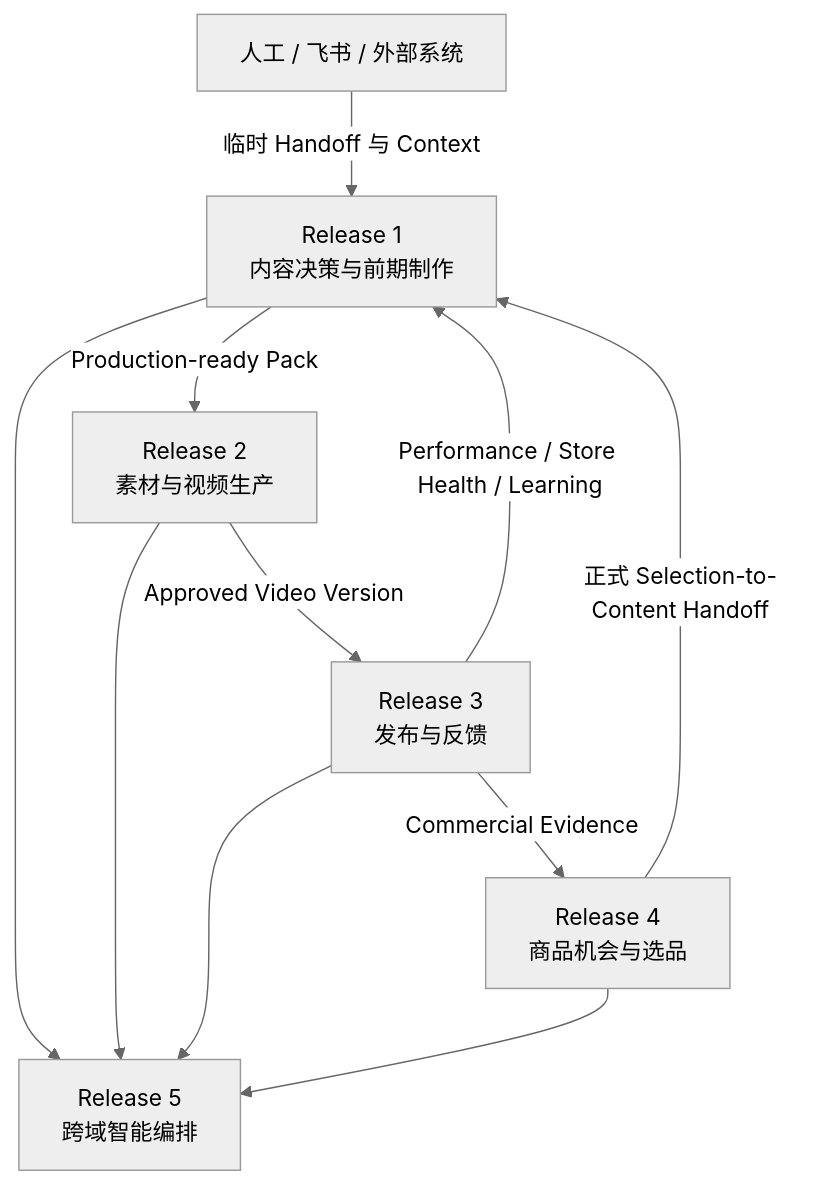
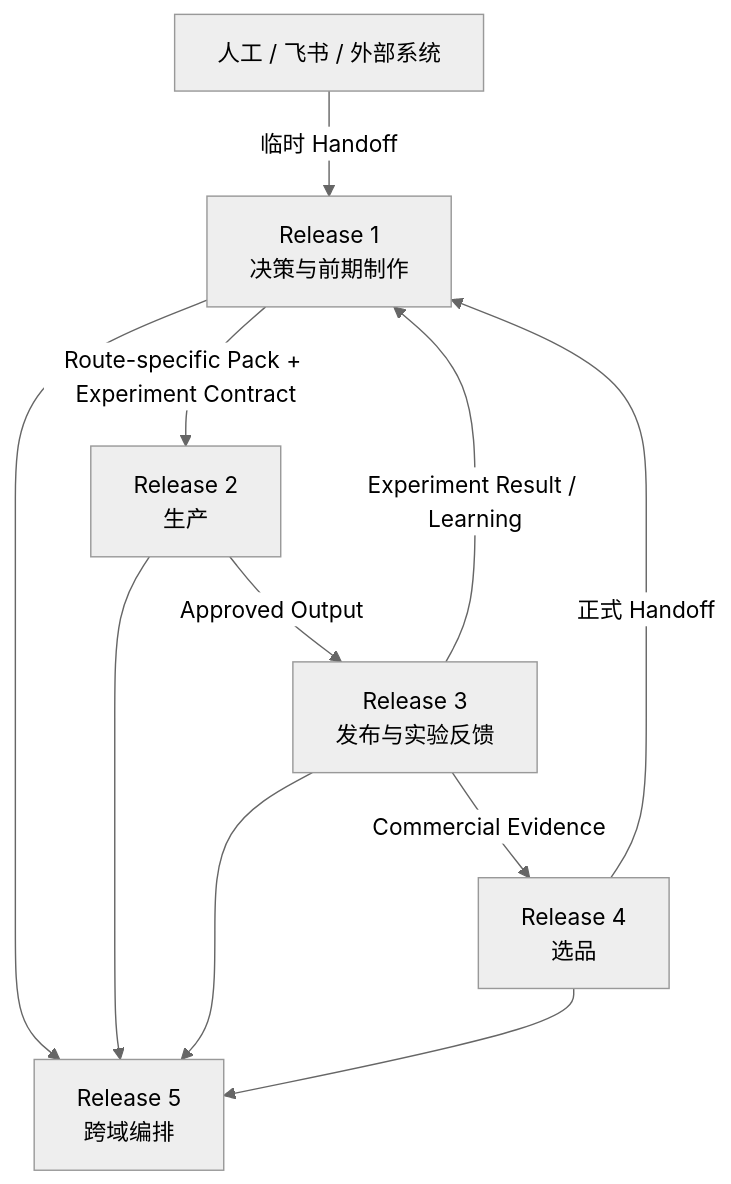
The sixth of 6 diagrams in 02_DELIVERY_RELEASES.md (SONG-36/TK_Video_Intelligence_Workbench), drawn with Mermaid (neutral theme) before and after one commit. The commit also changed other lines of this file and 8 other files, not shown here.

````diff
--- a/02_DELIVERY_RELEASES.md
+++ b/02_DELIVERY_RELEASES.md
@@ -165,20 +153,20 @@
 ```mermaid
 flowchart TB
     EXT[人工 / 飞书 / 外部系统]
-    R1[Release 1<br/>内容决策与前期制作]
-    R2[Release 2<br/>素材与视频生产]
-    R3[Release 3<br/>发布与反馈]
-    R4[Release 4<br/>商品机会与选品]
-    R5[Release 5<br/>跨域智能编排]
+    R1[Release 1<br/>决策与前期制作]
+    R2[Release 2<br/>生产]
+    R3[Release 3<br/>发布与实验反馈]
+    R4[Release 4<br/>选品]
+    R5[Release 5<br/>跨域编排]
 
-    EXT -->|临时 Handoff 与 Context| R1
-    R4 -->|正式 Selection-to-Content Handoff| R1
-    R1 -->|Production-ready Pack| R2
-    R2 -->|Approved Video Version| R3
-    R3 -->|Performance / Store Health / Learning| R1
+    EXT -->|临时 Handoff| R1
+    R4 -->|正式 Handoff| R1
+    R1 -->|Route-specific Pack + Experiment Contract| R2
+    R2 -->|Approved Output| R3
+    R3 -->|Experiment Result / Learning| R1
     R3 -->|Commercial Evidence| R4
     R1 --> R5
     R2 --> R5
     R3 --> R5
     R4 --> R5
 ```
````
